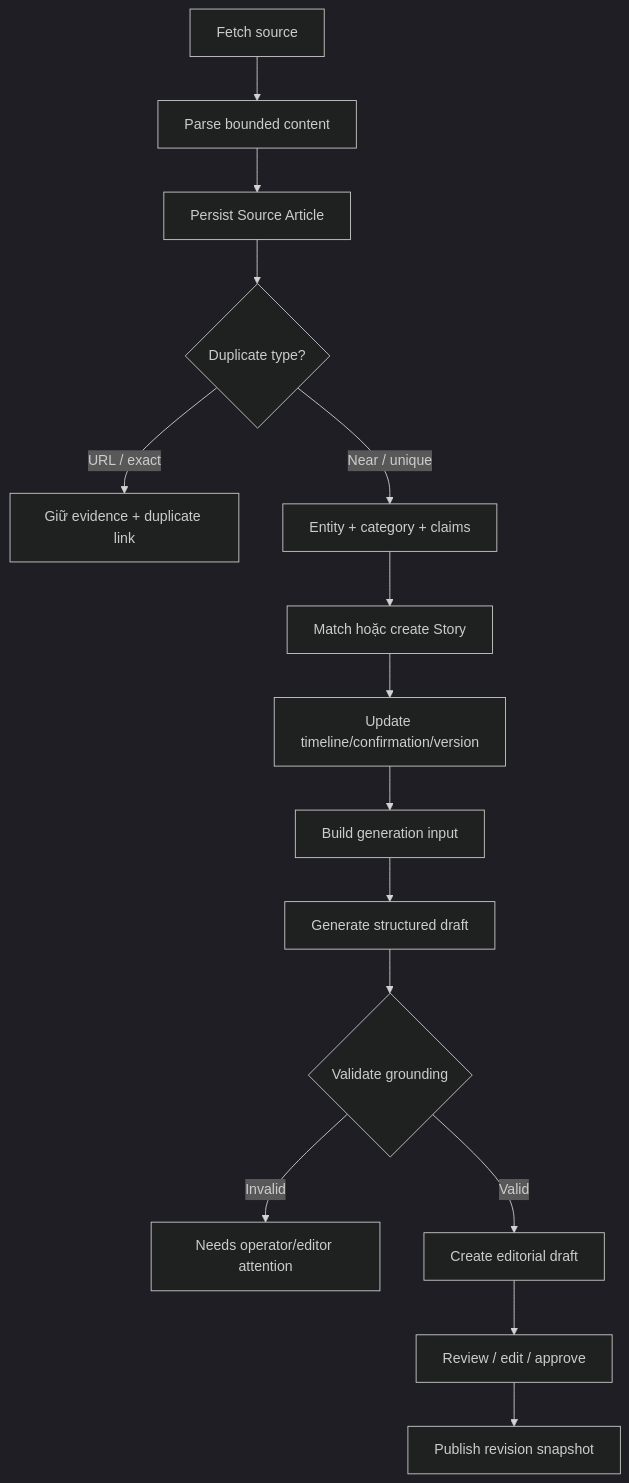
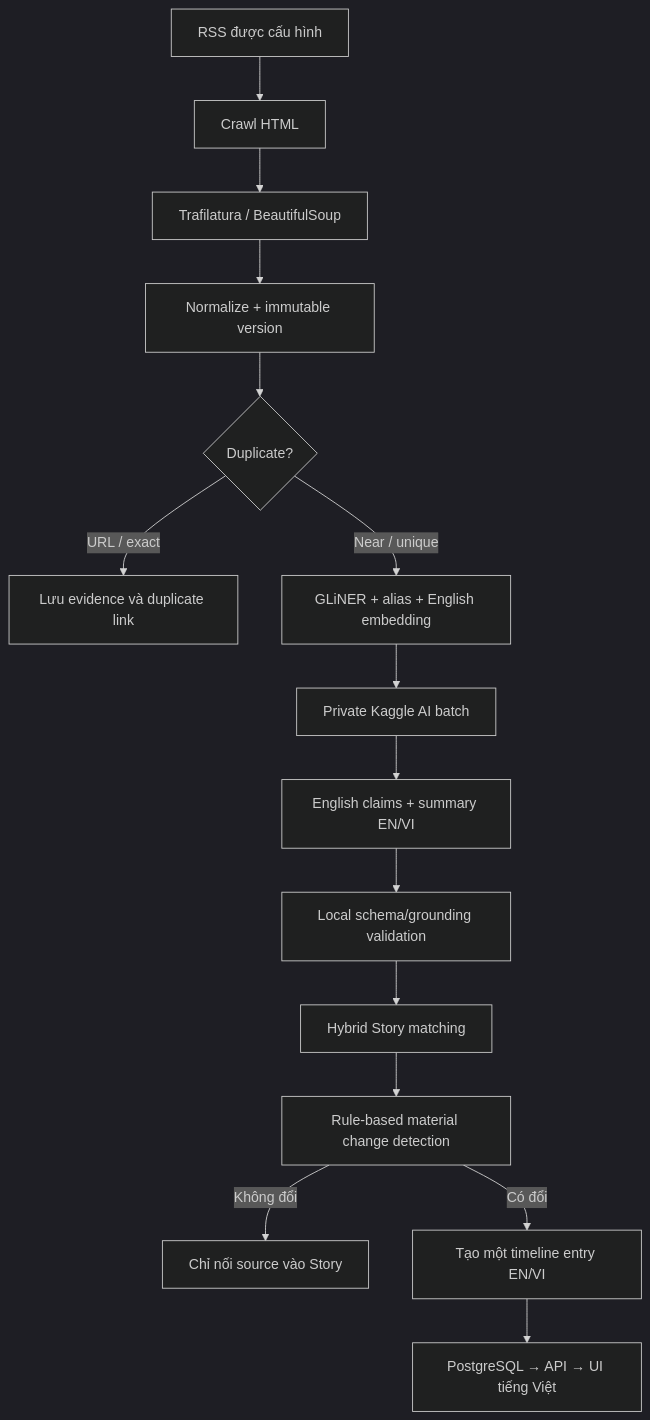
One commit to marvinphung/project3 changed the diagram in docs/content-flow.md. Above: the diagram before and after it, drawn with Mermaid (dark theme). The commit also changed other lines of this file and 12 other files, not shown here.

````diff
--- a/docs/content-flow.md
+++ b/docs/content-flow.md
@@ -5,17 +5,17 @@
 ```mermaid
 flowchart TD
-    A[Fetch source] --> B[Parse bounded content]
-    B --> C[Persist Source Article]
-    C --> D{Duplicate type?}
-    D -->|URL / exact| E[Giữ evidence + duplicate link]
-    D -->|Near / unique| F[Entity + category + claims]
-    F --> G[Match hoặc create Story]
-    G --> H[Update timeline/confirmation/version]
-    H --> I[Build generation input]
-    I --> J[Generate structured draft]
-    J --> K{Validate grounding}
-    K -->|Invalid| L[Needs operator/editor attention]
-    K -->|Valid| M[Create editorial draft]
-    M --> N[Review / edit / approve]
-    N --> O[Publish revision snapshot]
+    A[RSS được cấu hình] --> B[Crawl HTML]
+    B --> C[Trafilatura / BeautifulSoup]
+    C --> D[Normalize + immutable version]
+    D --> E{Duplicate?}
+    E -->|URL / exact| F[Lưu evidence và duplicate link]
+    E -->|Near / unique| G[GLiNER + alias + English embedding]
+    G --> H[Private Kaggle AI batch]
+    H --> I[English claims + summary EN/VI]
+    I --> J[Local schema/grounding validation]
+    J --> K[Hybrid Story matching]
+    K --> L[Rule-based material change detection]
+    L -->|Không đổi| M[Chỉ nối source vào Story]
+    L -->|Có đổi| N[Tạo một timeline entry EN/VI]
+    N --> O[PostgreSQL → API → UI tiếng Việt]
 ```
````
